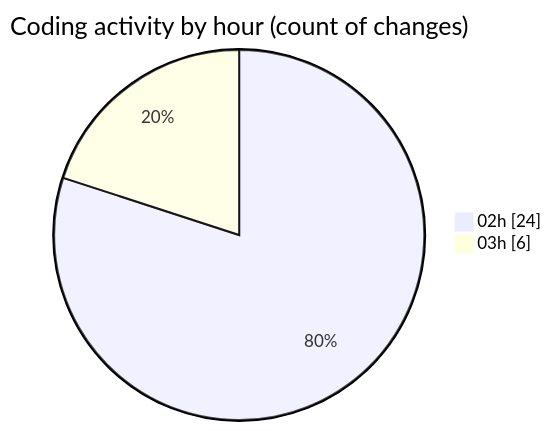
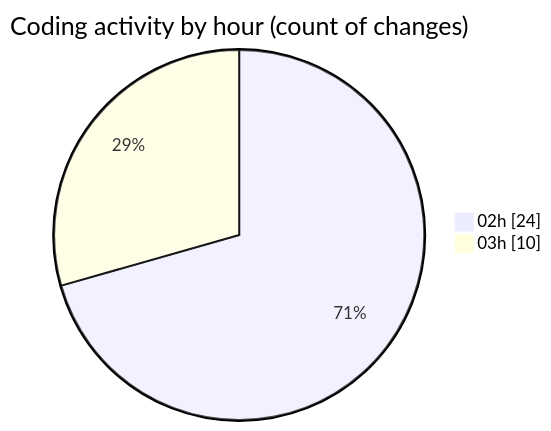
One commit to lephambinh05/code-tracking changed the second of 2 diagrams in 2025-07-23/quanlyrapchieuphim/README.md. Above: the diagram before and after it, drawn with Mermaid. The commit also changed other lines of this file and 1 other file, not shown here.

````diff
--- a/2025-07-23/quanlyrapchieuphim/README.md
+++ b/2025-07-23/quanlyrapchieuphim/README.md
@@ -38,6 +38,6 @@
 ```mermaid
 pie showData
 title Coding activity by hour (count of changes)
 "02h" : 24
-"03h" : 6
+"03h" : 10
 ```
````
